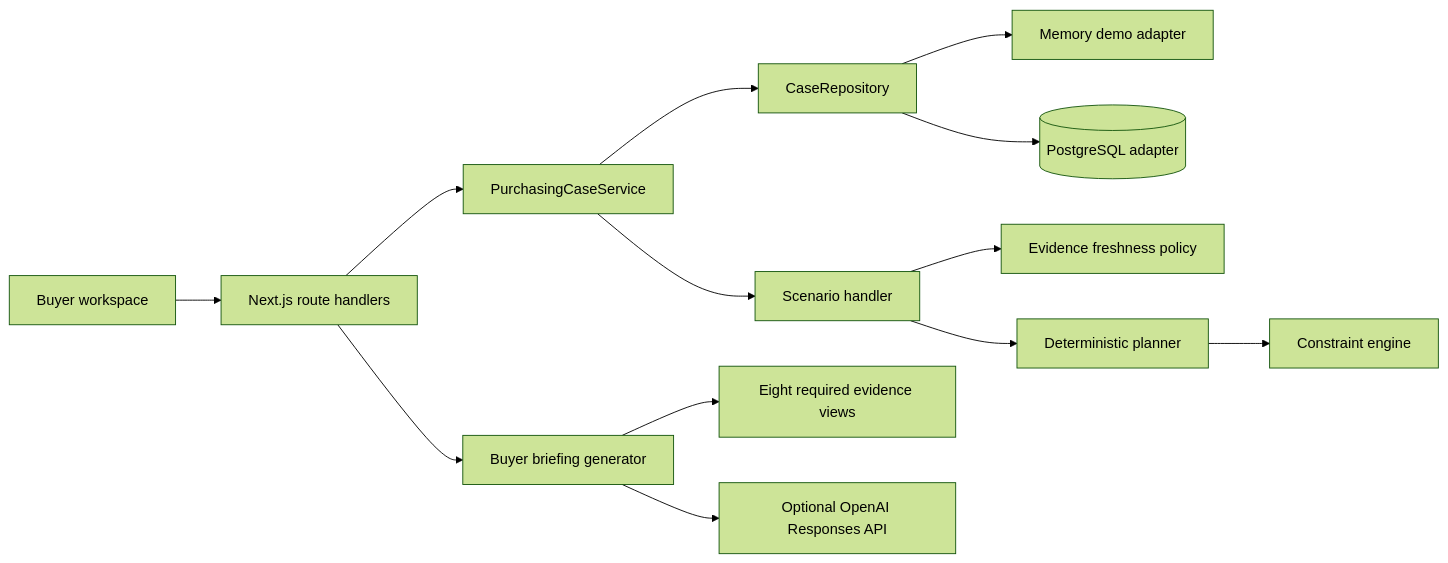
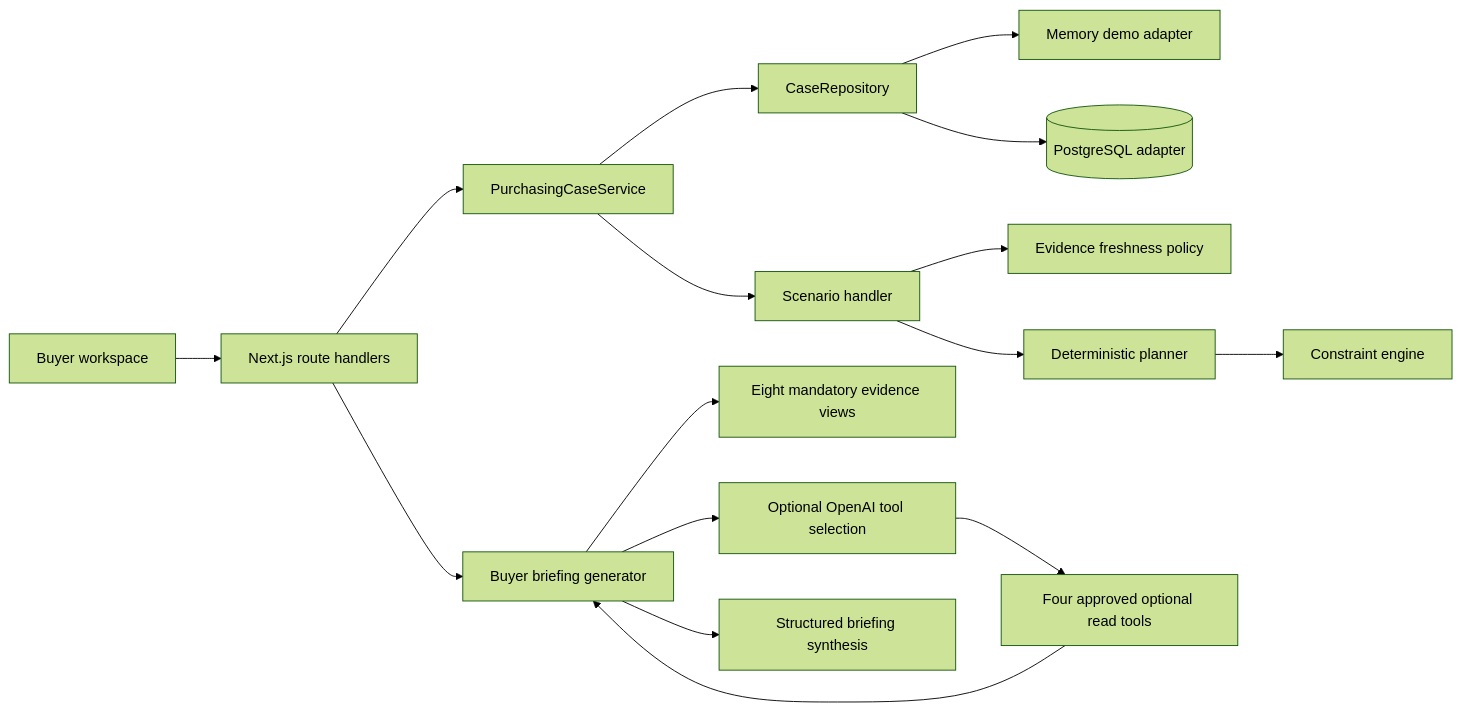
The first of 2 diagrams in docs/architecture.md (snehilsaini/ai-purchasing-agent), drawn with Mermaid (forest theme) before and after one commit. The commit also changed other lines of this file and 11 other files, not shown here.

````diff
--- a/docs/architecture.md
+++ b/docs/architecture.md
@@ -7,15 +7,18 @@
 ```mermaid
 flowchart LR
     UI[Buyer workspace] --> API[Next.js route handlers]
     API --> WF[PurchasingCaseService]
     WF --> REPO[CaseRepository]
     REPO --> MEM[Memory demo adapter]
     REPO --> PG[(PostgreSQL adapter)]
     WF --> ANALYZE[Scenario handler]
     ANALYZE --> FRESH[Evidence freshness policy]
     ANALYZE --> PLAN[Deterministic planner]
     PLAN --> RULES[Constraint engine]
     API --> AGENT[Buyer briefing generator]
-    AGENT --> READ[Eight required evidence views]
-    AGENT --> LLM[Optional OpenAI Responses API]
+    AGENT --> READ[Eight mandatory evidence views]
+    AGENT --> LLM[Optional OpenAI tool selection]
+    LLM --> OPT[Four approved optional read tools]
+    OPT --> AGENT
+    AGENT --> BRIEF[Structured briefing synthesis]
 ```
````
